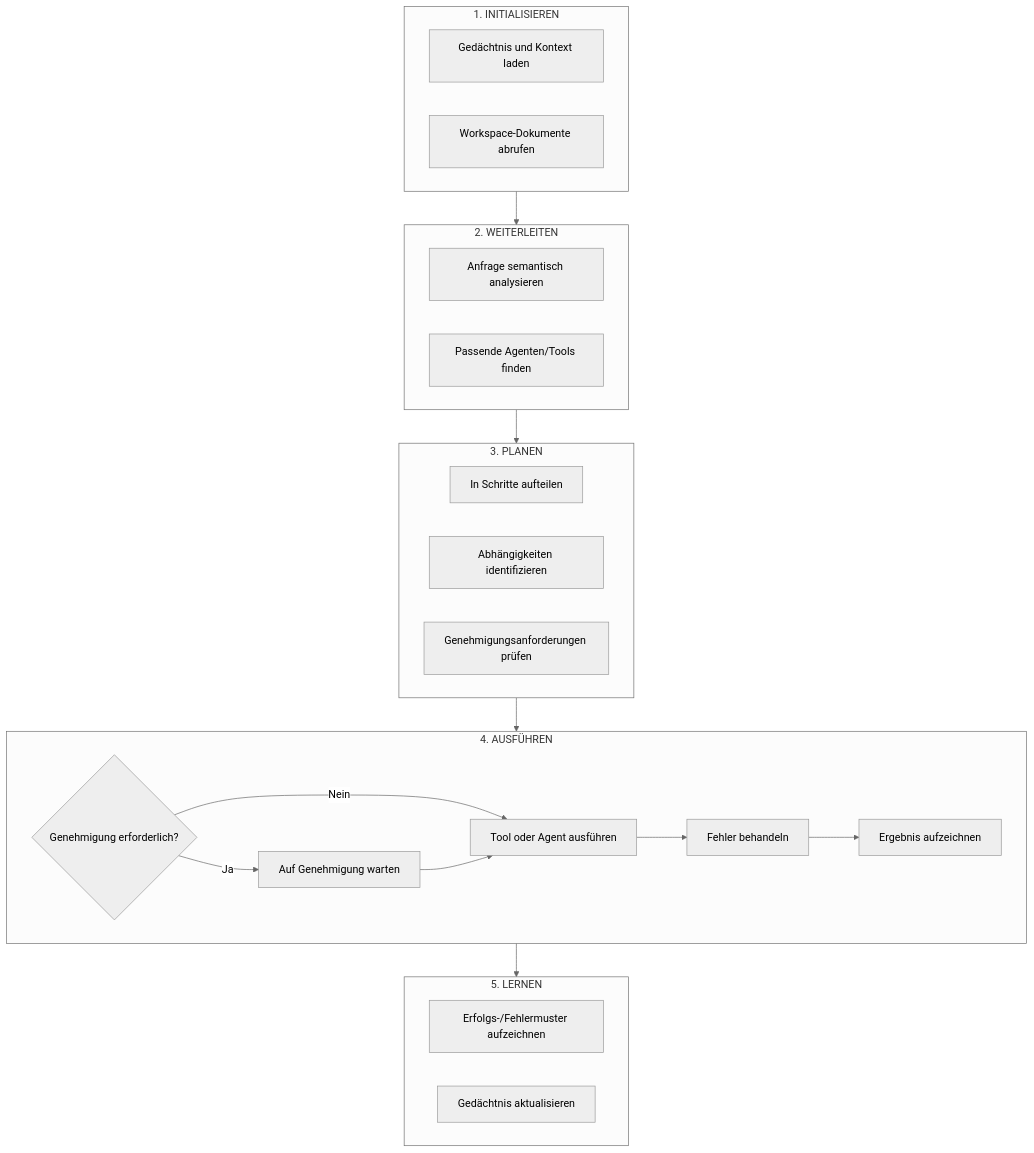
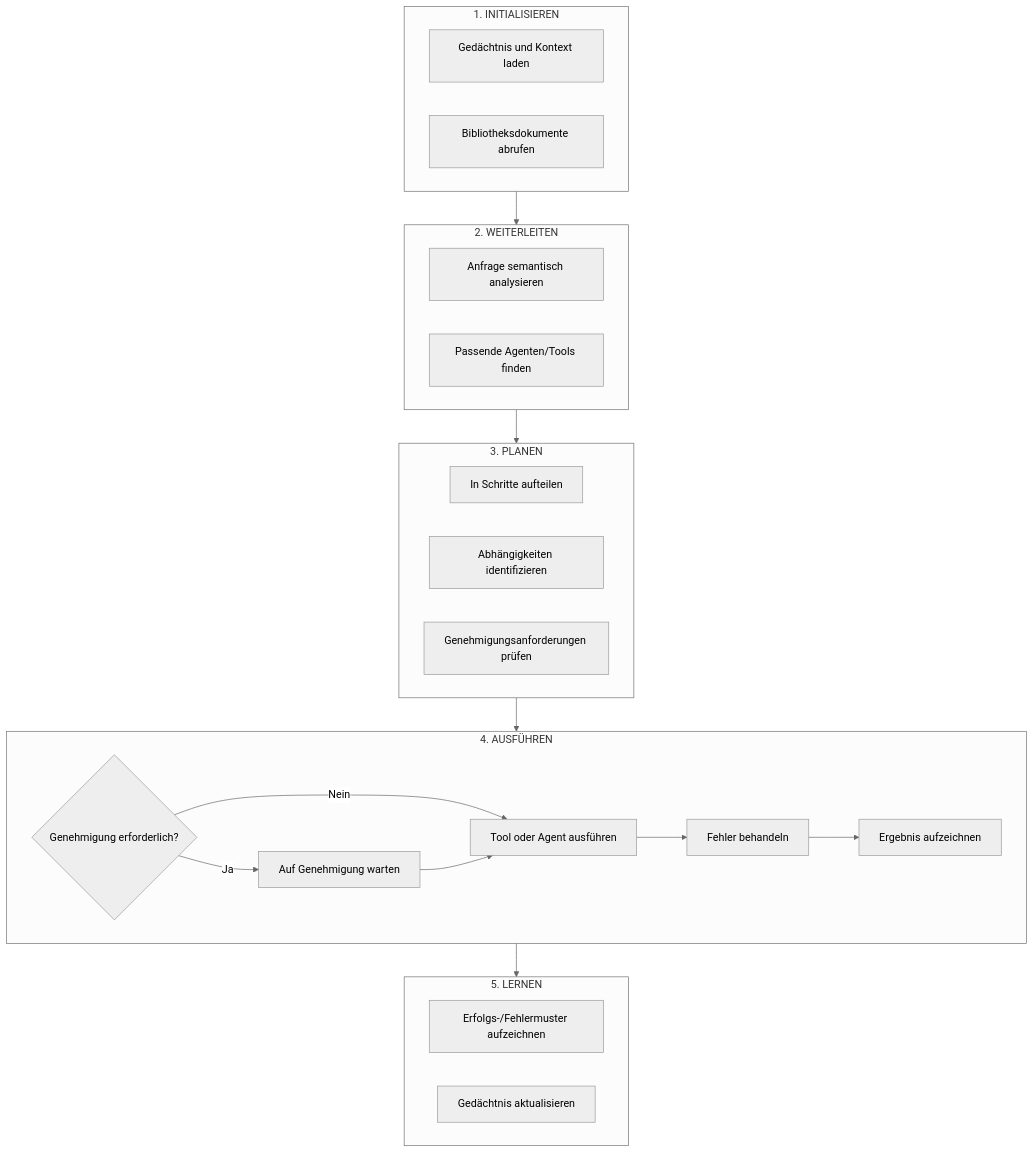
The fourth of 7 diagrams in apps/web/content/docs/core-concepts/workflows.de.mdx (Fabric-Pro/fabric-oss), drawn with Mermaid (neutral theme) before and after one commit. The commit also changed other lines of this file and 1129 other files, not shown here.

````diff
--- a/apps/web/content/docs/core-concepts/workflows.de.mdx
+++ b/apps/web/content/docs/core-concepts/workflows.de.mdx
@@ -120,38 +120,38 @@
 ```mermaid
 flowchart TB
     subgraph INIT["1. INITIALISIEREN"]
         I1[Gedächtnis und Kontext laden]
-        I2[Workspace-Dokumente abrufen]
+        I2[Bibliotheksdokumente abrufen]
     end
 
     subgraph ROUTE["2. WEITERLEITEN"]
         R1[Anfrage semantisch analysieren]
         R2[Passende Agenten/Tools finden]
     end
 
     subgraph PLAN["3. PLANEN"]
         P1[In Schritte aufteilen]
         P2[Abhängigkeiten identifizieren]
         P3[Genehmigungsanforderungen prüfen]
     end
 
     subgraph EXECUTE["4. AUSFÜHREN"]
         E1{Genehmigung erforderlich?}
         E2[Auf Genehmigung warten]
         E3[Tool oder Agent ausführen]
         E4[Fehler behandeln]
         E5[Ergebnis aufzeichnen]
         E1 -->|Ja| E2
         E1 -->|Nein| E3
         E2 --> E3
         E3 --> E4
         E4 --> E5
     end
 
     subgraph LEARN["5. LERNEN"]
         L1[Erfolgs-/Fehlermuster aufzeichnen]
         L2[Gedächtnis aktualisieren]
     end
 
     INIT --> ROUTE --> PLAN --> EXECUTE --> LEARN
 ```
````
